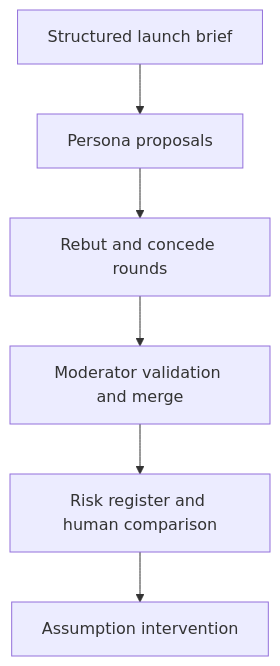
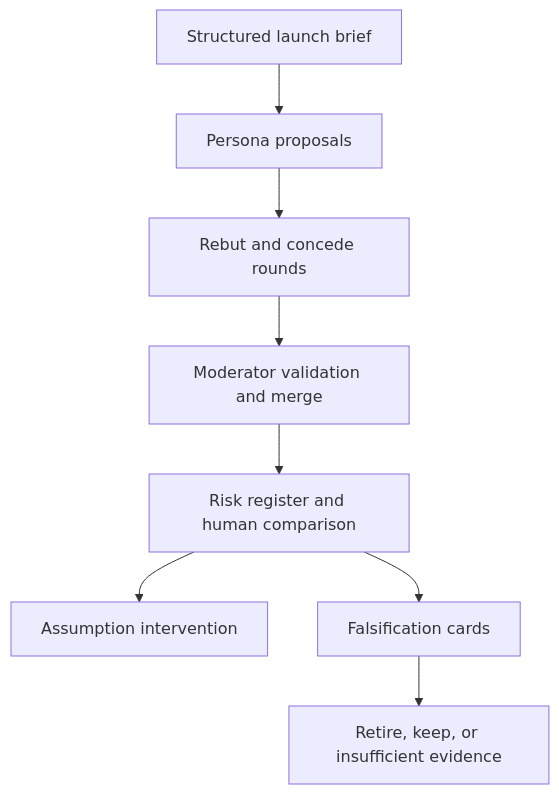
Before and after one commit to MadanMohan0537/launch-premortem-risk-register: the diagram in README.md, drawn with Mermaid. The commit also changed other lines of this file and 8 other files, not shown here.

Commit message:
Add scoped risk falsification cards

````diff
--- a/README.md
+++ b/README.md
@@ -46,8 +47,10 @@
 ```mermaid
 flowchart TD
     A[Structured launch brief] --> B[Persona proposals]
     B --> C[Rebut and concede rounds]
     C --> D[Moderator validation and merge]
     D --> E[Risk register and human comparison]
     E --> F[Assumption intervention]
+    E --> G[Falsification cards]
+    G --> H[Retire, keep, or insufficient evidence]
 ```
````
